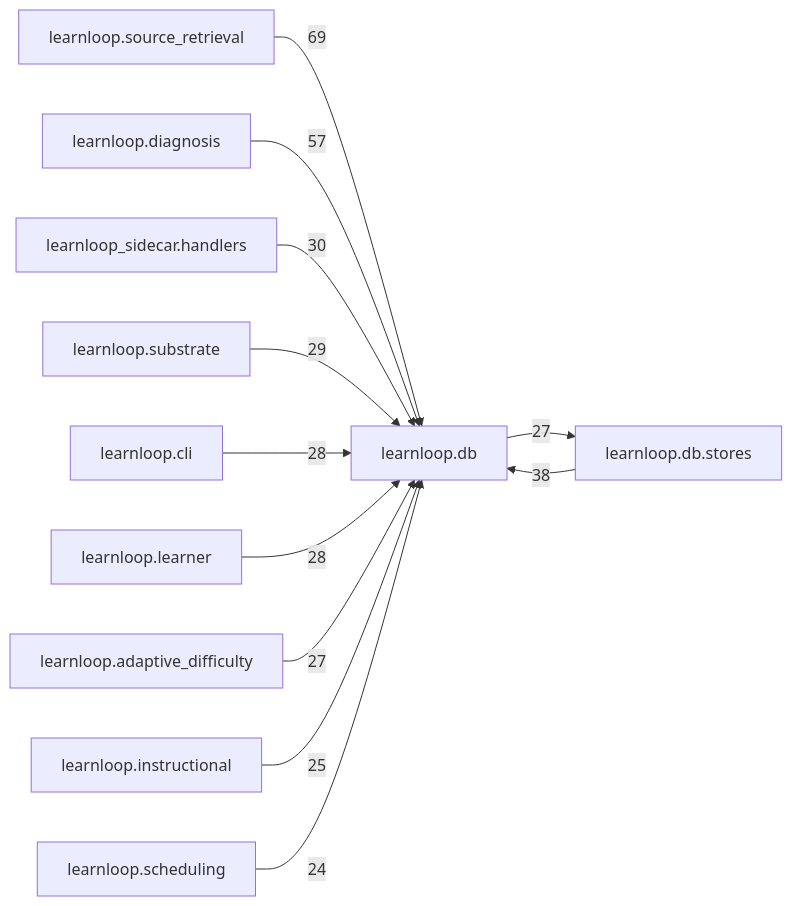
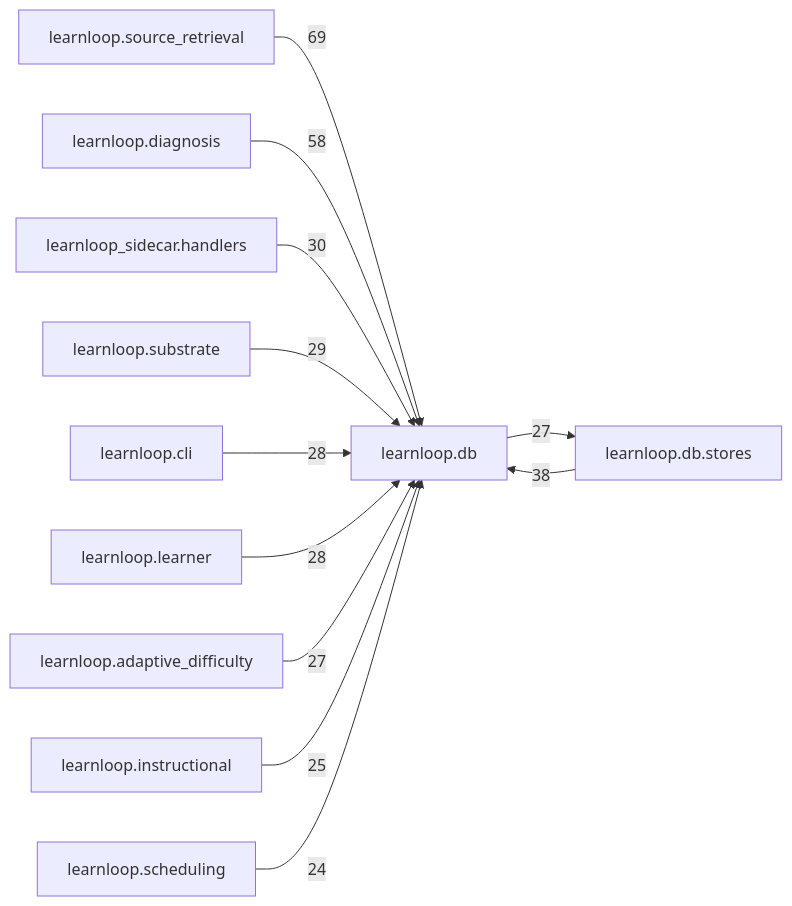
One commit to 6up-b/learnanything changed the diagram in docs/learnloop-architecture-vault/Reference/Modules/learnloop/db/_package.md. Above: the diagram before and after it, drawn with Mermaid. The commit also changed other lines of this file and 68 other files, not shown here.

````diff
--- a/docs/learnloop-architecture-vault/Reference/Modules/learnloop/db/_package.md
+++ b/docs/learnloop-architecture-vault/Reference/Modules/learnloop/db/_package.md
@@ -158,25 +158,25 @@
 ```mermaid
 flowchart LR
     center["learnloop.db"]
     n_learnloop_source_retrieval["learnloop.source_retrieval"]
     n_learnloop_db_stores["learnloop.db.stores"]
     n_learnloop_diagnosis["learnloop.diagnosis"]
     n_learnloop_sidecar_handlers["learnloop_sidecar.handlers"]
     n_learnloop_substrate["learnloop.substrate"]
     n_learnloop_cli["learnloop.cli"]
     n_learnloop_learner["learnloop.learner"]
     n_learnloop_adaptive_difficulty["learnloop.adaptive_difficulty"]
     n_learnloop_instructional["learnloop.instructional"]
     n_learnloop_scheduling["learnloop.scheduling"]
     n_learnloop_source_retrieval -->|69| center
     n_learnloop_db_stores -->|38| center
     center -->|27| n_learnloop_db_stores
-    n_learnloop_diagnosis -->|57| center
+    n_learnloop_diagnosis -->|58| center
     n_learnloop_sidecar_handlers -->|30| center
     n_learnloop_substrate -->|29| center
     n_learnloop_cli -->|28| center
     n_learnloop_learner -->|28| center
     n_learnloop_adaptive_difficulty -->|27| center
     n_learnloop_instructional -->|25| center
     n_learnloop_scheduling -->|24| center
 ```
````
